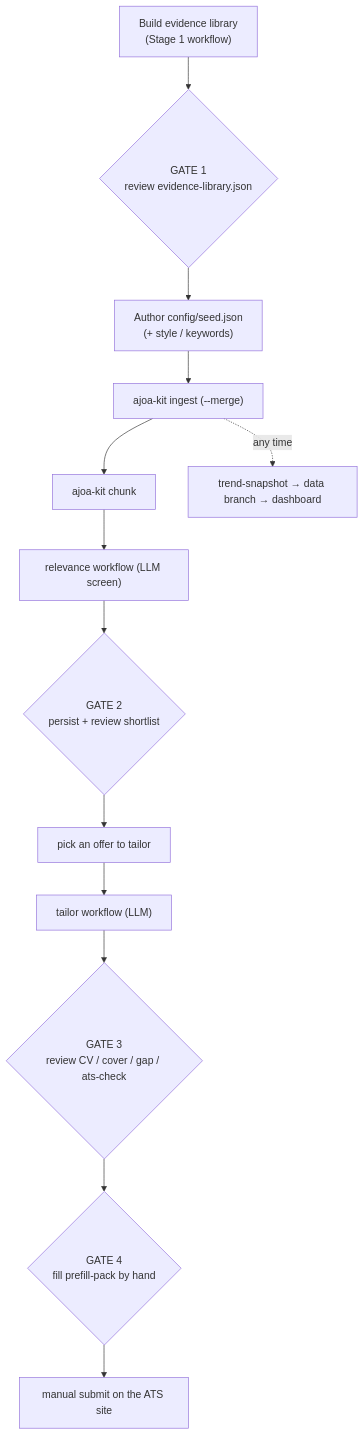
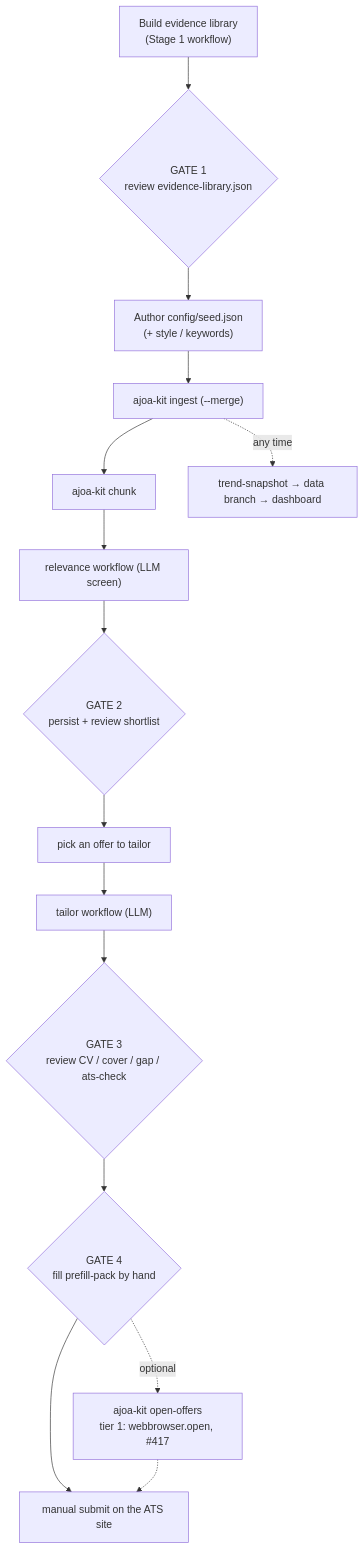
Before and after one commit to qte77/agentic-job-offer-to-application-kit: the second of 2 diagrams in docs/architecture.md, drawn with Mermaid. The commit also changed other lines of this file and 5 other files, not shown here.

````diff
--- a/docs/architecture.md
+++ b/docs/architecture.md
@@ -65,13 +65,15 @@
 ```mermaid
 flowchart TD
   ev["Build evidence library<br/>(Stage 1 workflow)"] --> g1{"GATE 1<br/>review evidence-library.json"}
   g1 --> cfg["Author config/seed.json<br/>(+ style / keywords)"]
   cfg --> ing["ajoa-kit ingest (--merge)"] --> chu["ajoa-kit chunk"]
   chu --> rel["relevance workflow (LLM screen)"]
   rel --> g2{"GATE 2<br/>persist + review shortlist"}
   g2 --> pick["pick an offer to tailor"] --> tai["tailor workflow (LLM)"]
   tai --> g3{"GATE 3<br/>review CV / cover / gap / ats-check"}
   g3 --> g4{"GATE 4<br/>fill prefill-pack by hand"}
+  g4 -.->|"optional"| open["ajoa-kit open-offers<br/>tier 1: webbrowser.open, #417"]
   g4 --> sub["manual submit on the ATS site"]
+  open -.-> sub
   ing -. any time .-> tr["trend-snapshot → data branch → dashboard"]
 ```
````
